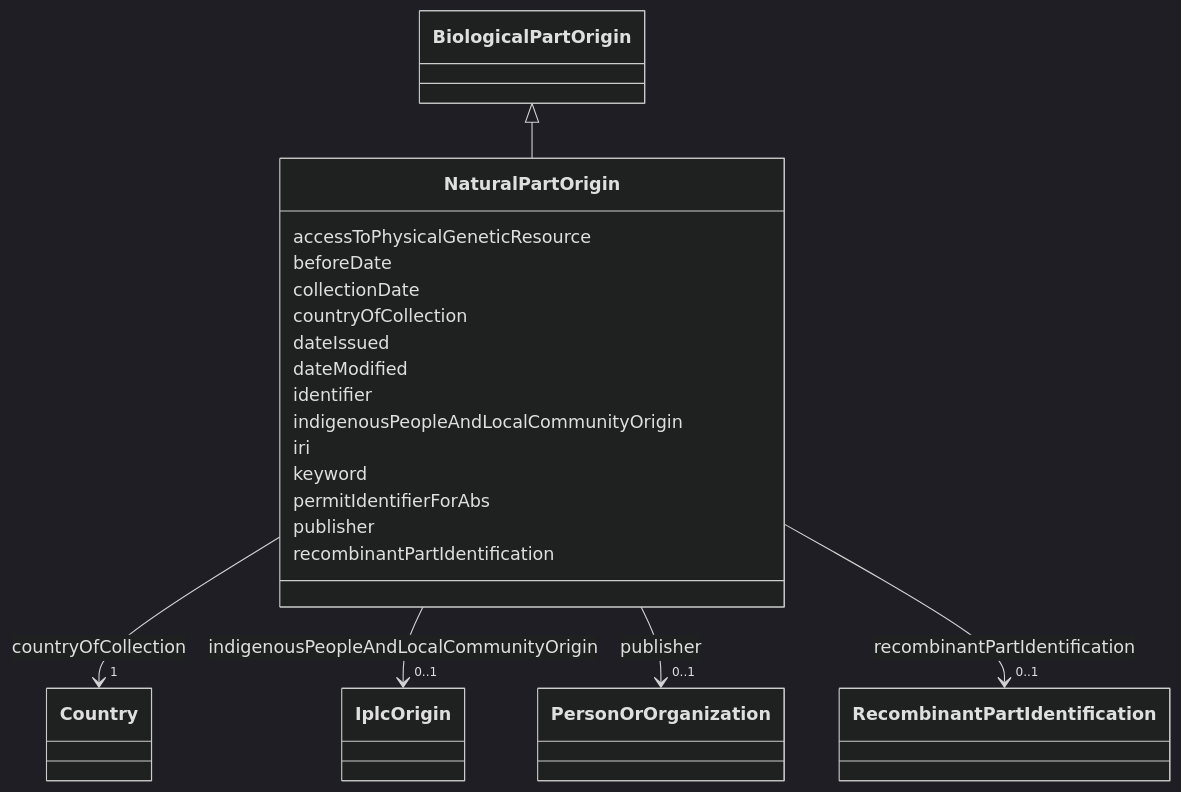
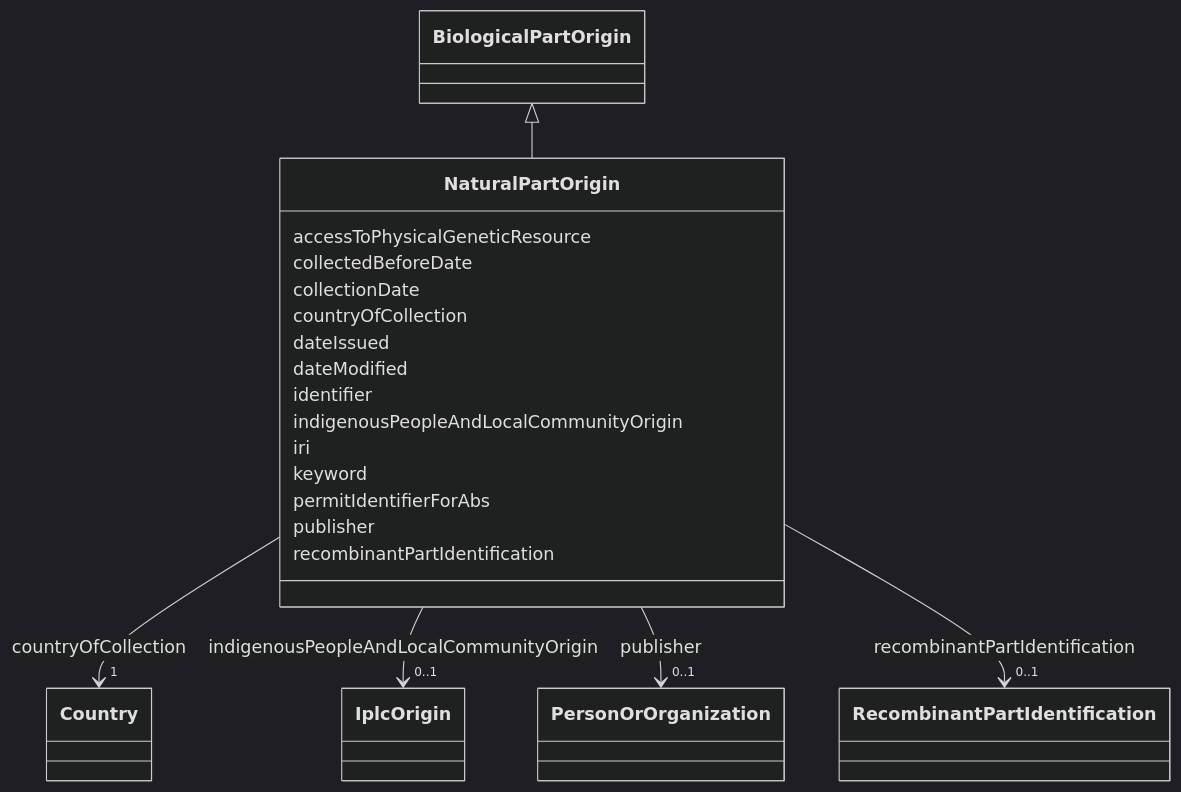
The diagram in models/docs/NaturalPartOrigin.md (EVORA-project/evora-ontology), drawn with Mermaid (dark theme) before and after one commit. The commit also changed other lines of this file and 187 other files, not shown here.

````diff
--- a/models/docs/NaturalPartOrigin.md
+++ b/models/docs/NaturalPartOrigin.md
@@ -19,63 +19,63 @@
 ```mermaid
  classDiagram
     class NaturalPartOrigin
     click NaturalPartOrigin href "../NaturalPartOrigin"
       BiologicalPartOrigin <|-- NaturalPartOrigin
         click BiologicalPartOrigin href "../BiologicalPartOrigin"
       
       NaturalPartOrigin : accessToPhysicalGeneticResource
         
-      NaturalPartOrigin : beforeDate
+      NaturalPartOrigin : collectedBeforeDate
         
       NaturalPartOrigin : collectionDate
         
       NaturalPartOrigin : countryOfCollection
         
           
     
     
     NaturalPartOrigin --> "1" Country : countryOfCollection
     click Country href "../Country"
 
         
       NaturalPartOrigin : dateIssued
         
       NaturalPartOrigin : dateModified
         
       NaturalPartOrigin : identifier
         
       NaturalPartOrigin : indigenousPeopleAndLocalCommunityOrigin
         
           
     
     
     NaturalPartOrigin --> "0..1" IplcOrigin : indigenousPeopleAndLocalCommunityOrigin
     click IplcOrigin href "../IplcOrigin"
 
         
       NaturalPartOrigin : iri
         
       NaturalPartOrigin : keyword
         
       NaturalPartOrigin : permitIdentifierForAbs
         
       NaturalPartOrigin : publisher
         
           
     
     
     NaturalPartOrigin --> "0..1" PersonOrOrganization : publisher
     click PersonOrOrganization href "../PersonOrOrganization"
 
         
       NaturalPartOrigin : recombinantPartIdentification
         
           
     
     
     NaturalPartOrigin --> "0..1" RecombinantPartIdentification : recombinantPartIdentification
     click RecombinantPartIdentification href "../RecombinantPartIdentification"
 
         
       
 ```
````
